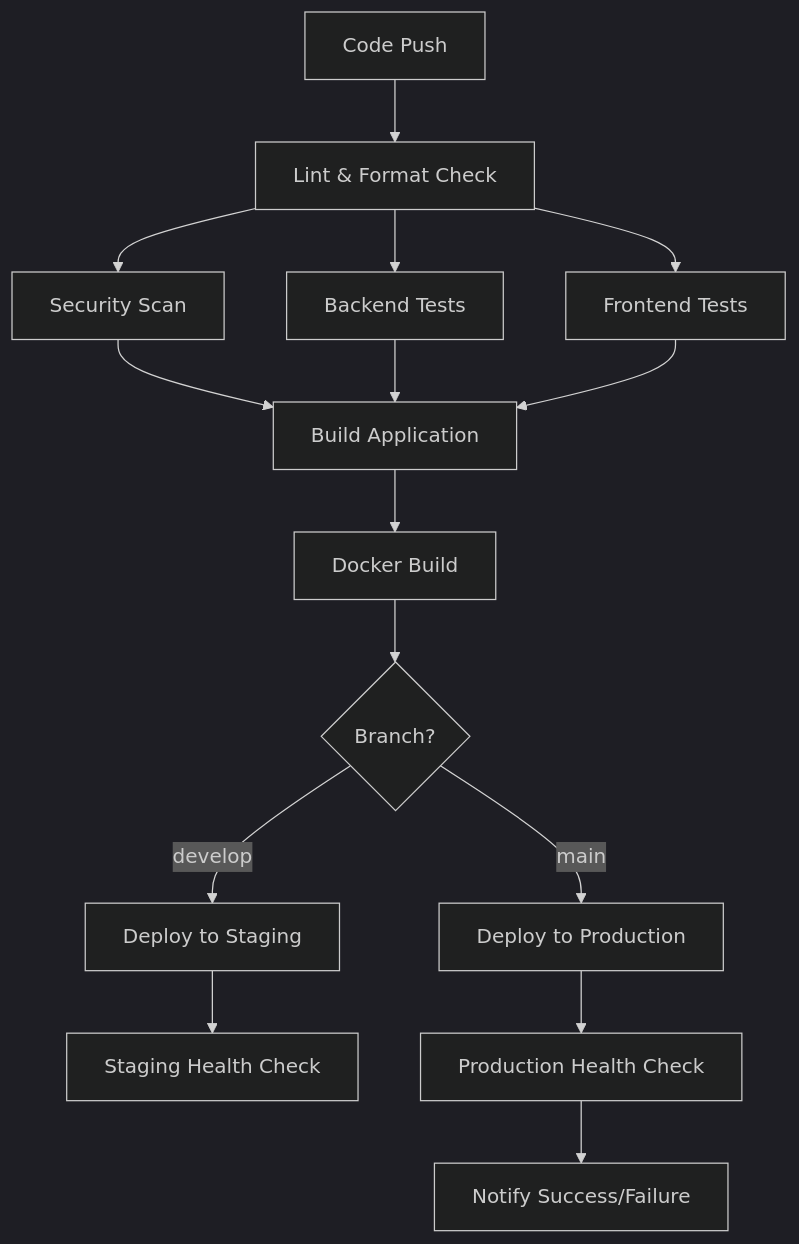
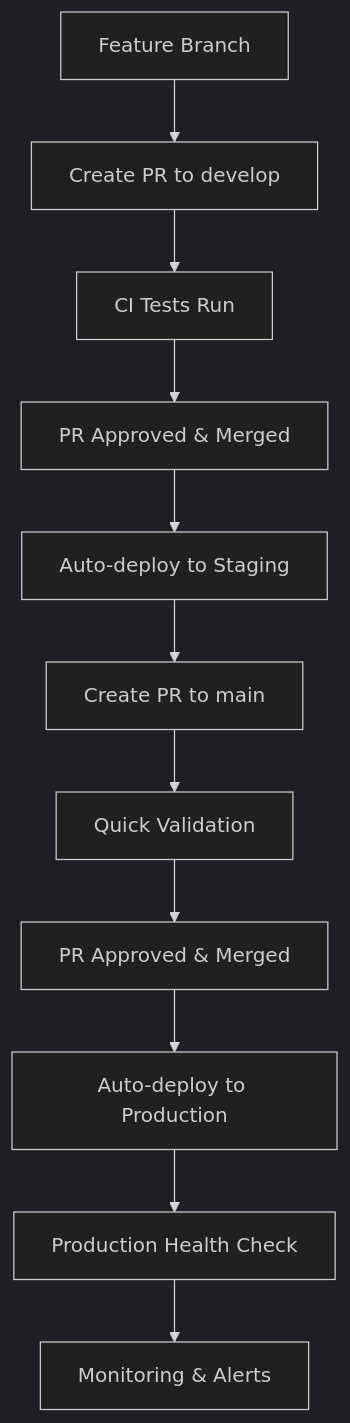
The diagram in docs/deployment/README.md (mk1121/students-enrolment), drawn with Mermaid (dark theme) before and after one commit. The commit also changed other lines of this file and 7 other files, not shown here.

````diff
--- a/docs/deployment/README.md
+++ b/docs/deployment/README.md
@@ -20,17 +21,13 @@
 ```mermaid
 graph TD
-    A[Code Push] --> B[Lint & Format Check]
-    B --> C[Security Scan]
-    B --> D[Backend Tests]
-    B --> E[Frontend Tests]
-    C --> F[Build Application]
-    D --> F
-    E --> F
-    F --> G[Docker Build]
-    G --> H{Branch?}
-    H -->|develop| I[Deploy to Staging]
-    H -->|main| J[Deploy to Production]
-    I --> K[Staging Health Check]
-    J --> L[Production Health Check]
-    L --> M[Notify Success/Failure]
+    A[Feature Branch] --> B[Create PR to develop]
+    B --> C[CI Tests Run]
+    C --> D[PR Approved & Merged]
+    D --> E[Auto-deploy to Staging]
+    E --> F[Create PR to main]
+    F --> G[Quick Validation]
+    G --> H[PR Approved & Merged]
+    H --> I[Auto-deploy to Production]
+    I --> J[Production Health Check]
+    J --> K[Monitoring & Alerts]
 ```
````
